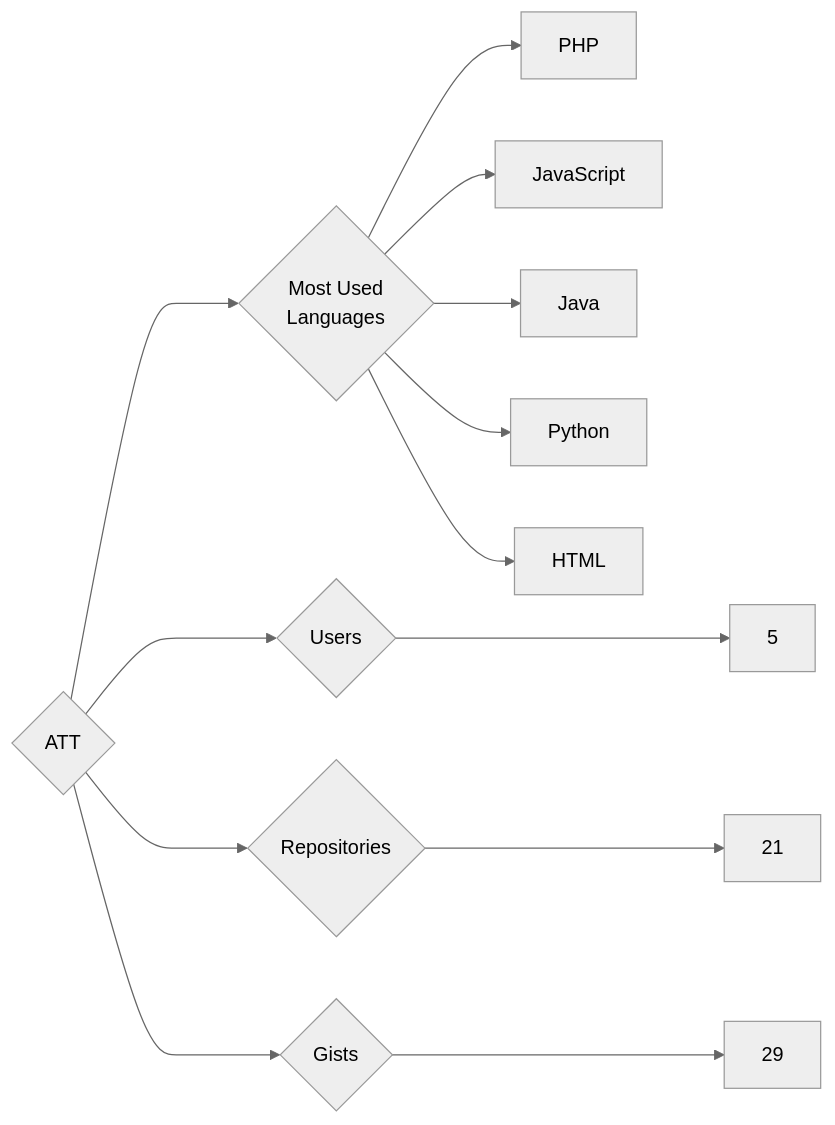
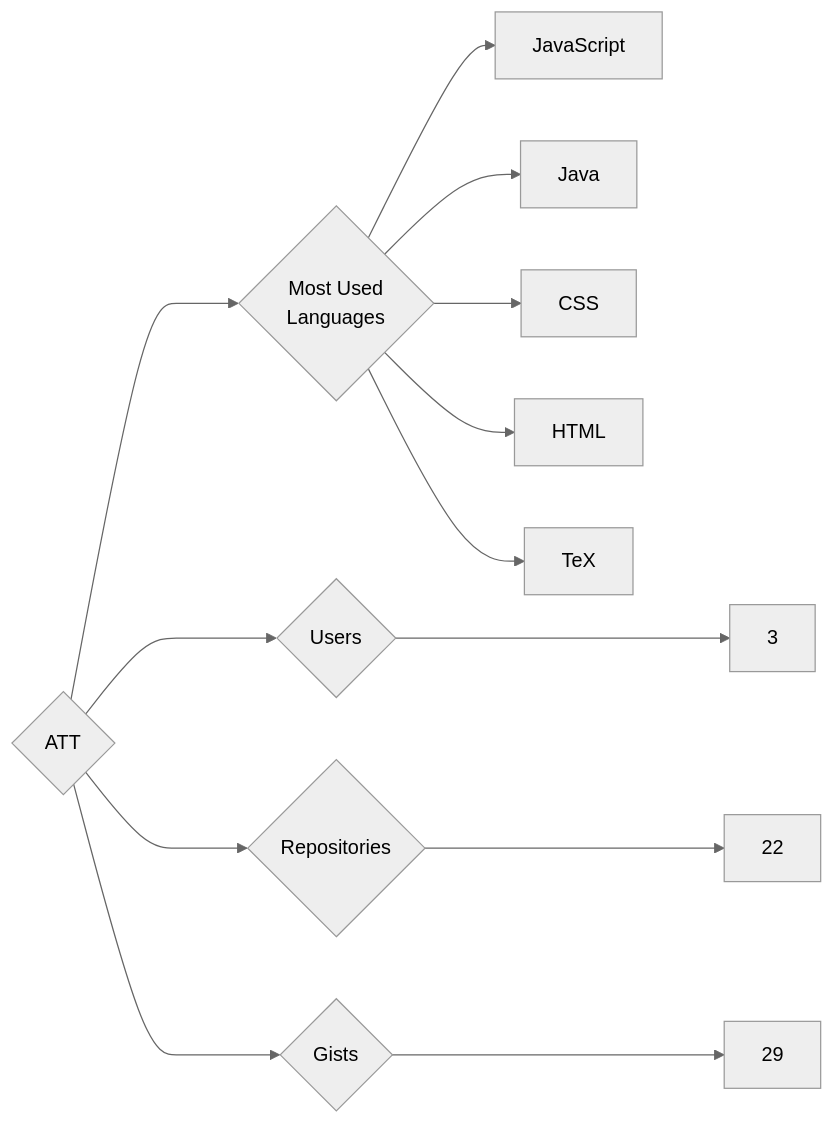
The diagram in targets/ATT/README.md (trickest/insiders), drawn with Mermaid (neutral theme) before and after one commit. The commit also changed 988 other files, not shown here.

````diff
--- a/targets/ATT/README.md
+++ b/targets/ATT/README.md
@@ -3,13 +3,13 @@
 ```mermaid
 graph LR
 COMPANY_NAME{ATT}
-COMPANY_NAME ---> U{Users} ---> UN[5]
-COMPANY_NAME ---> R{Repositories} ---> RN[21]
+COMPANY_NAME ---> U{Users} ---> UN[3]
+COMPANY_NAME ---> R{Repositories} ---> RN[22]
 COMPANY_NAME ---> G{Gists} ---> GN[29]
 COMPANY_NAME ---> ML{Most Used<br>Languages}
-ML --> PHP[PHP]
 ML --> JavaScript[JavaScript]
 ML --> Java[Java]
-ML --> Python[Python]
+ML --> CSS[CSS]
 ML --> HTML[HTML]
+ML --> TeX[TeX]
 ```
````
